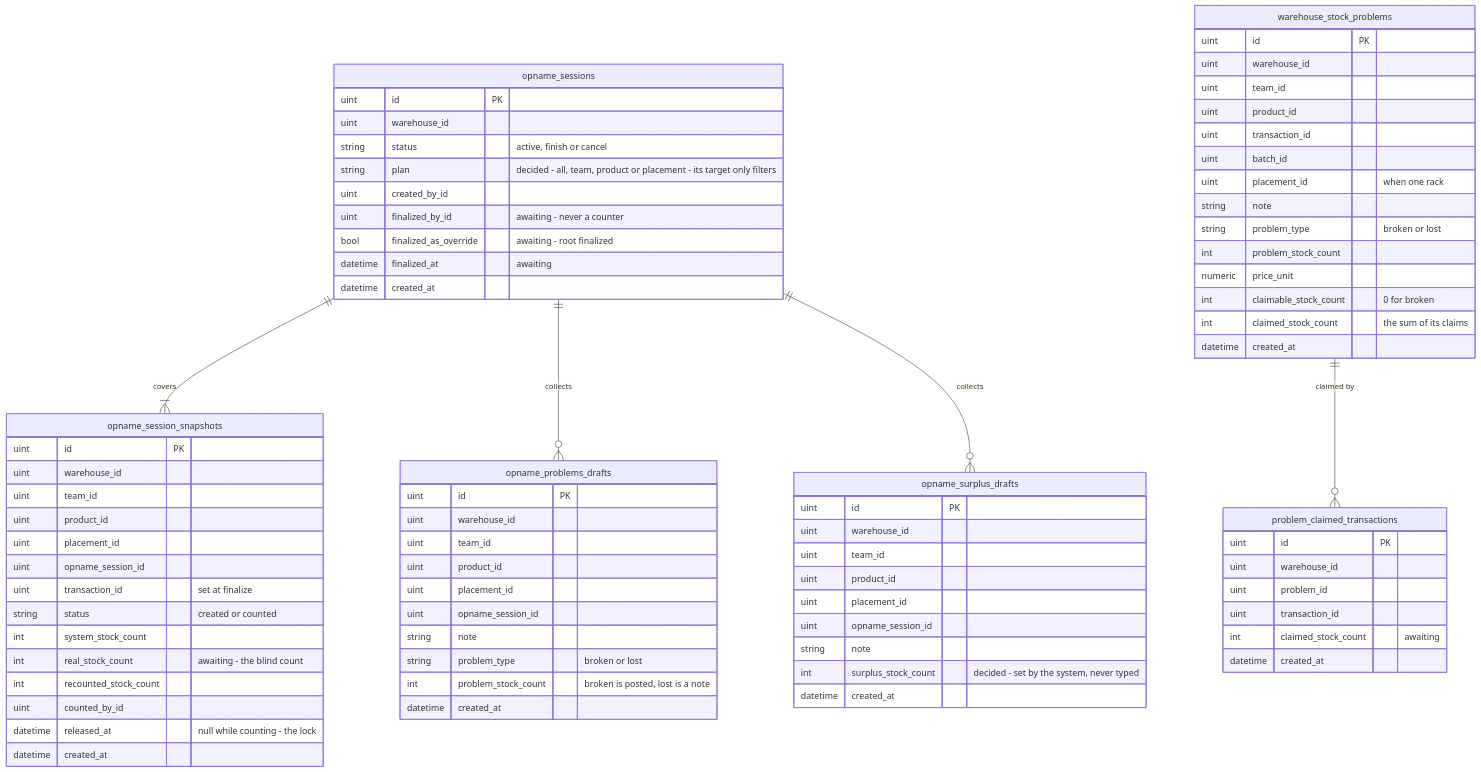
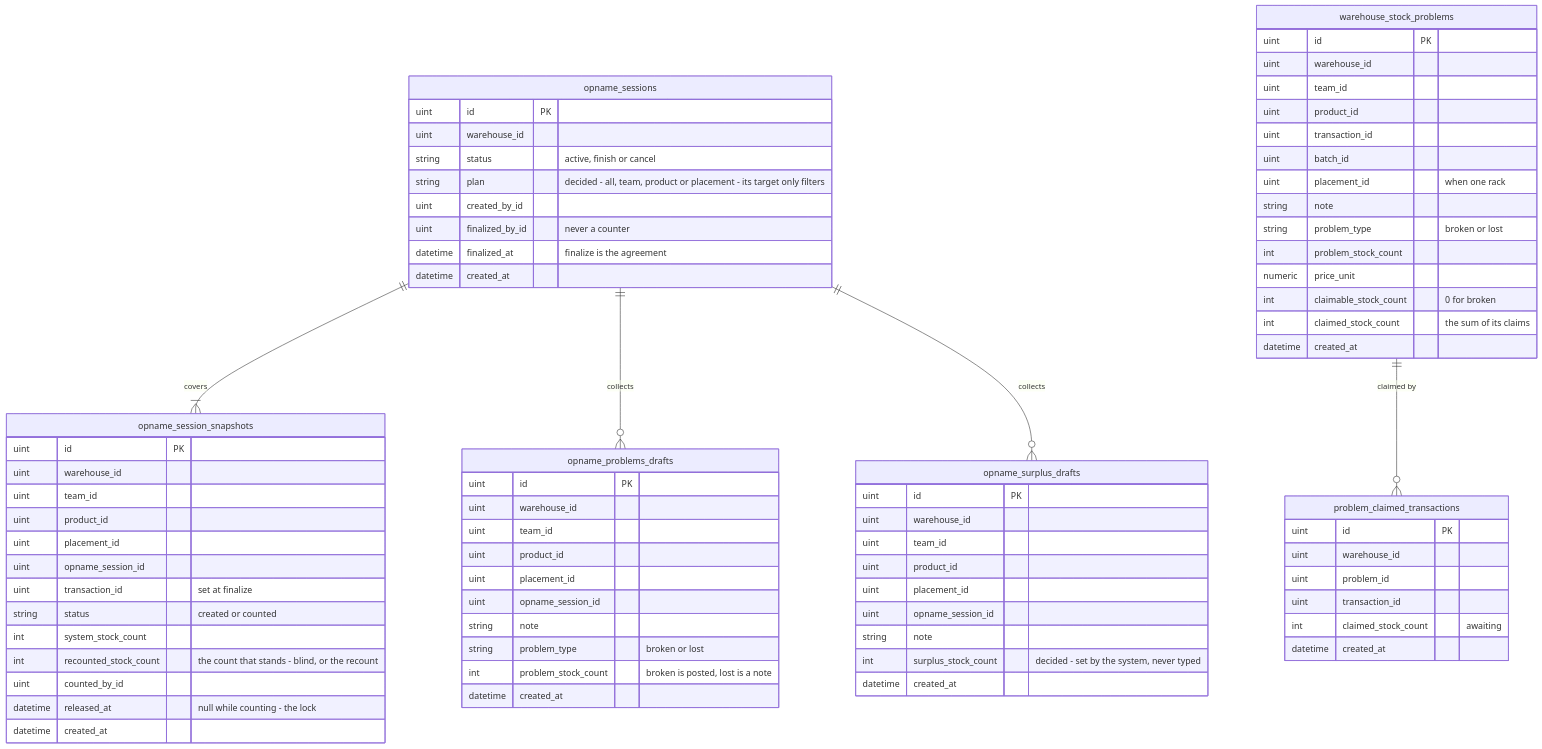
One commit to pdcgo/warehouse_revamp changed the second of 2 diagrams in docs/business/inventory/opname_clarify.md. Above: the diagram before and after it, drawn with Mermaid. The commit also changed other lines of this file and 5 other files, not shown here.

````diff
--- a/docs/business/inventory/opname_clarify.md
+++ b/docs/business/inventory/opname_clarify.md
@@ -159,81 +176,79 @@
 ```mermaid
 erDiagram
   opname_sessions ||--|{ opname_session_snapshots : covers
   opname_sessions ||--o{ opname_problems_drafts : collects
   opname_sessions ||--o{ opname_surplus_drafts : collects
   warehouse_stock_problems ||--o{ problem_claimed_transactions : "claimed by"
   opname_sessions {
     uint id PK
     uint warehouse_id
     string status "active, finish or cancel"
     string plan "decided - all, team, product or placement - its target only filters"
     uint created_by_id
-    uint finalized_by_id "awaiting - never a counter"
-    bool finalized_as_override "awaiting - root finalized"
-    datetime finalized_at "awaiting"
+    uint finalized_by_id "never a counter"
+    datetime finalized_at "finalize is the agreement"
     datetime created_at
   }
   opname_session_snapshots {
     uint id PK
     uint warehouse_id
     uint team_id
     uint product_id
     uint placement_id
     uint opname_session_id
     uint transaction_id "set at finalize"
     string status "created or counted"
     int system_stock_count
-    int real_stock_count "awaiting - the blind count"
-    int recounted_stock_count
+    int recounted_stock_count "the count that stands - blind, or the recount"
     uint counted_by_id
     datetime released_at "null while counting - the lock"
     datetime created_at
   }
   opname_problems_drafts {
     uint id PK
     uint warehouse_id
     uint team_id
     uint product_id
     uint placement_id
     uint opname_session_id
     string note
     string problem_type "broken or lost"
     int problem_stock_count "broken is posted, lost is a note"
     datetime created_at
   }
   opname_surplus_drafts {
     uint id PK
     uint warehouse_id
     uint team_id
     uint product_id
     uint placement_id
     uint opname_session_id
     string note
     int surplus_stock_count "decided - set by the system, never typed"
     datetime created_at
   }
   warehouse_stock_problems {
     uint id PK
     uint warehouse_id
     uint team_id
     uint product_id
     uint transaction_id
     uint batch_id
     uint placement_id "when one rack"
     string note
     string problem_type "broken or lost"
     int problem_stock_count
     numeric price_unit
     int claimable_stock_count "0 for broken"
     int claimed_stock_count "the sum of its claims"
     datetime created_at
   }
   problem_claimed_transactions {
     uint id PK
     uint warehouse_id
     uint problem_id
     uint transaction_id
     int claimed_stock_count "awaiting"
     datetime created_at
   }
 ```
````
